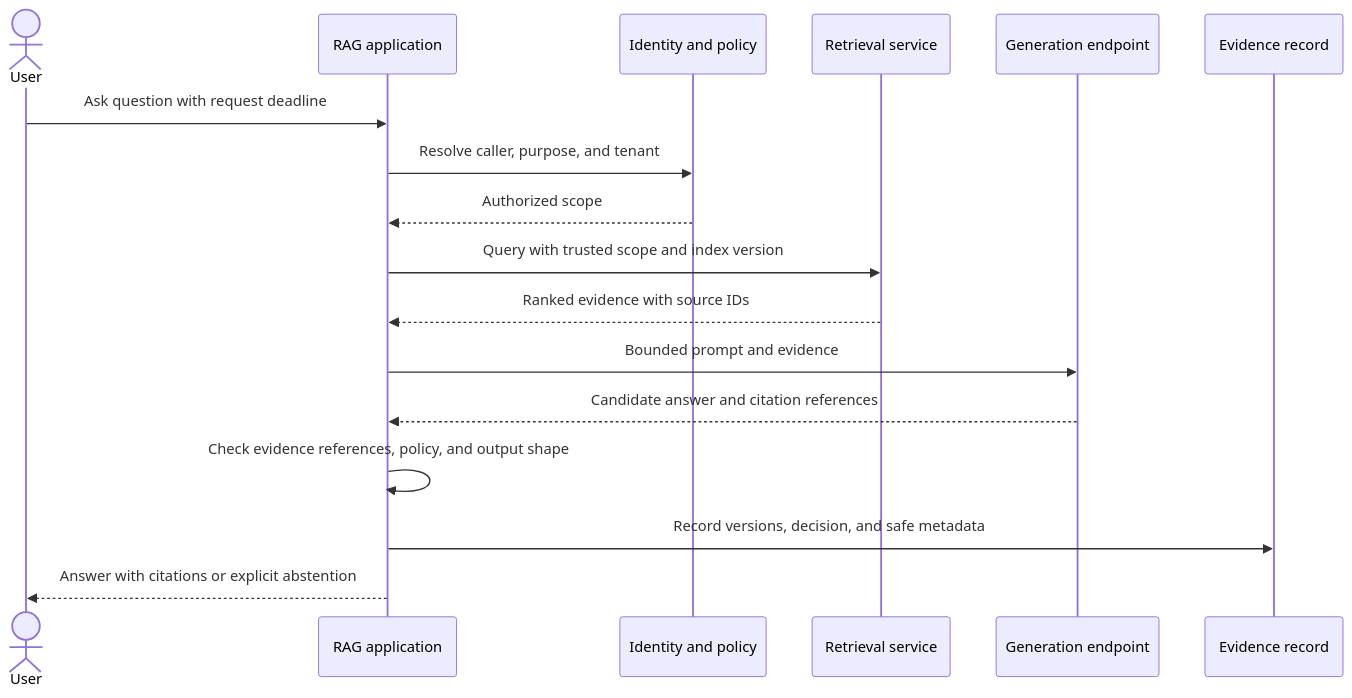
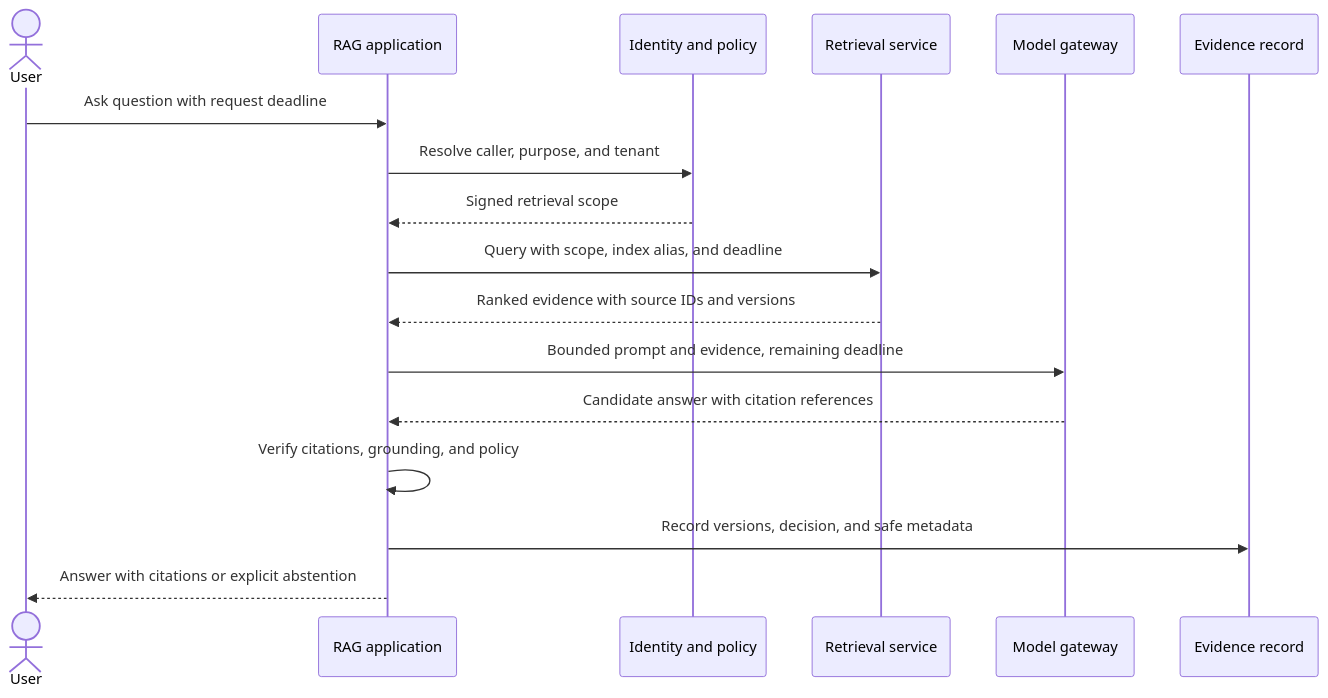
Before and after one commit to joydasss/Architect: the fifth of 13 diagrams in 17_AI_Architecture/CH05_Retrieval_Augmented_Generation_System_Architecture.md, drawn with Mermaid. The commit also changed other lines of this file and 295 other files, not shown here.

````diff
--- a/17_AI_Architecture/CH05_Retrieval_Augmented_Generation_System_Architecture.md
+++ b/17_AI_Architecture/CH05_Retrieval_Augmented_Generation_System_Architecture.md
@@ -39,19 +512,19 @@
 ```mermaid
 sequenceDiagram
     actor User
     participant App as RAG application
     participant Auth as Identity and policy
     participant Search as Retrieval service
-    participant Model as Generation endpoint
+    participant GW as Model gateway
     participant Audit as Evidence record
     User->>App: Ask question with request deadline
     App->>Auth: Resolve caller, purpose, and tenant
-    Auth-->>App: Authorized scope
-    App->>Search: Query with trusted scope and index version
-    Search-->>App: Ranked evidence with source IDs
-    App->>Model: Bounded prompt and evidence
-    Model-->>App: Candidate answer and citation references
-    App->>App: Check evidence references, policy, and output shape
+    Auth-->>App: Signed retrieval scope
+    App->>Search: Query with scope, index alias, and deadline
+    Search-->>App: Ranked evidence with source IDs and versions
+    App->>GW: Bounded prompt and evidence, remaining deadline
+    GW-->>App: Candidate answer with citation references
+    App->>App: Verify citations, grounding, and policy
     App->>Audit: Record versions, decision, and safe metadata
     App-->>User: Answer with citations or explicit abstention
 ```
````
